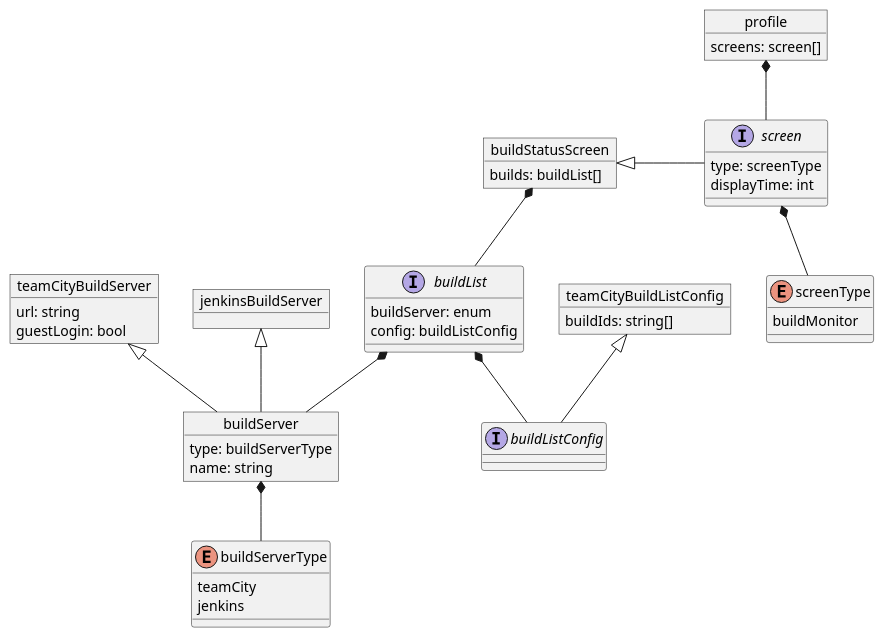
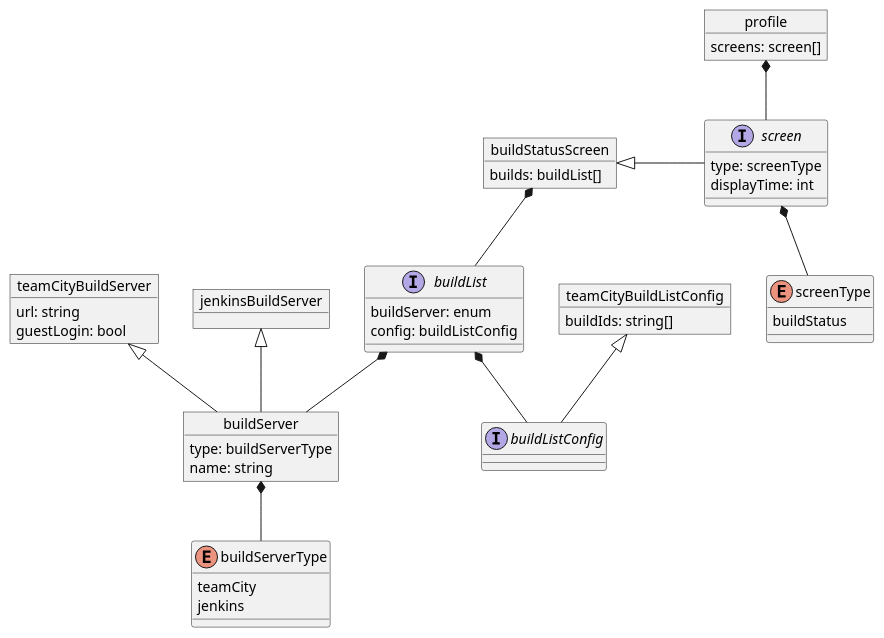
One commit to vadimart92/build-monitor changed the diagram in .diagrams/Configuartion.puml. Above: the diagram before and after it, drawn with PlantUML. The commit also changed 11 other files, not shown here.

```diff
--- a/.diagrams/Configuartion.puml
+++ b/.diagrams/Configuartion.puml
@@ -1,51 +1,51 @@
 @startuml
 enum buildServerType {
     teamCity
     jenkins
 }
 object buildServer {
     type: buildServerType
     name: string
 }
 buildServer *-- buildServerType
 object teamCityBuildServer {
     url: string
     guestLogin: bool
 }
 teamCityBuildServer <|-- buildServer
 object jenkinsBuildServer
 jenkinsBuildServer <|-- buildServer
 
 interface buildListConfig
 
 interface buildList {
     buildServer: enum
     config: buildListConfig
 }
 buildList *-- buildListConfig
 buildList *-- buildServer
 
 object teamCityBuildListConfig {
     buildIds: string[]
 }
 teamCityBuildListConfig <|-- buildListConfig
 
 enum screenType {
-    buildMonitor
+    buildStatus
 }
 
 interface screen {
     type: screenType
     displayTime: int
 }
 screen *-- screenType
 object buildStatusScreen {
     builds: buildList[]
 }
 buildStatusScreen *-- buildList
 buildStatusScreen <|- screen
 object profile {
     screens: screen[]
 }
 profile *-- screen
 @enduml
```
